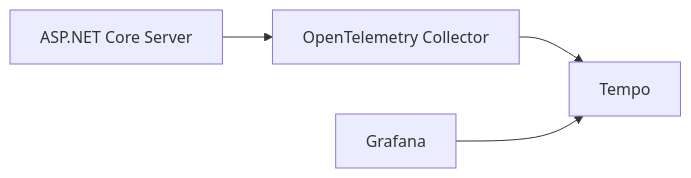
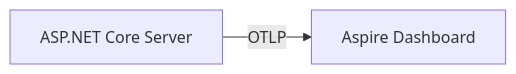
Before and after one commit to nenoNaninu/AspNetCore.SignalR.OpenTelemetry: the diagram in README.md, drawn with Mermaid. The commit also changed other lines of this file, not shown here.

Commit message:
Update README example section for Aspire

````diff
--- a/README.md
+++ b/README.md
@@ -121,6 +121,4 @@
 ```mermaid
 graph LR;
-    app[ASP.NET Core Server] --> otelc[OpenTelemetry Collector];
-    otelc --> Tempo;
-    Grafana --> Tempo;
+    app[ASP.NET Core Server] -- OTLP --> dashboard[Aspire Dashboard];
 ```
````
